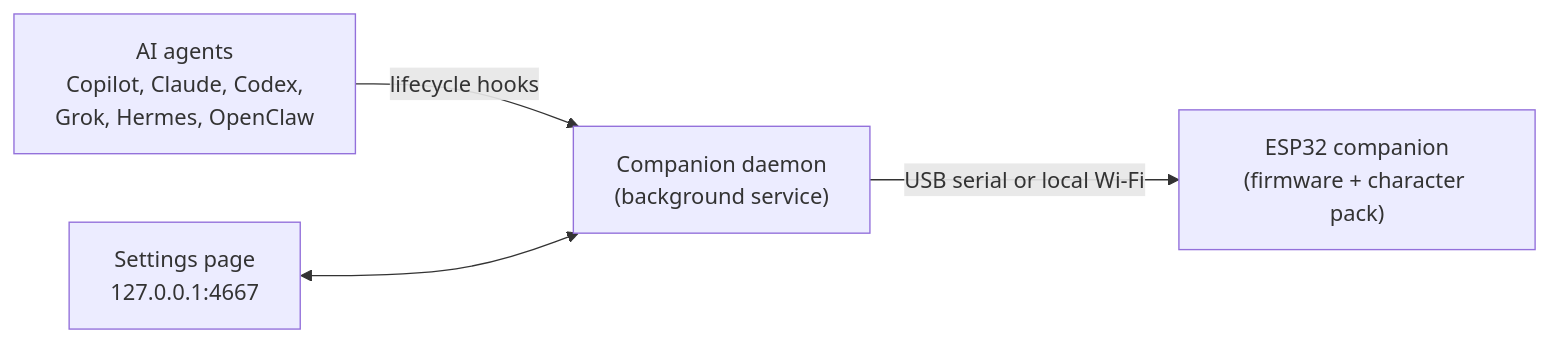
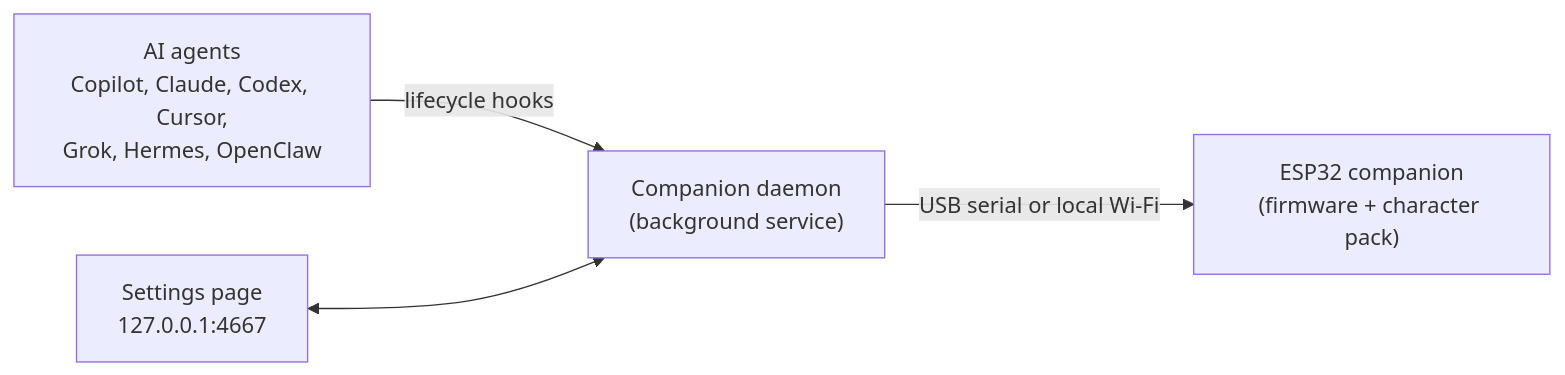
The diagram in README.md (DanWahlin/agent-buddy), drawn with Mermaid before and after one commit. The commit also changed other lines of this file and 18 other files, not shown here.

First line of the commit message:
Add Cursor Agent hooks so its sessions drive the companion.

````diff
--- a/README.md
+++ b/README.md
@@ -82,6 +82,6 @@
 ```mermaid
 flowchart LR
-    A["AI agents<br/>Copilot, Claude, Codex,<br/>Grok, Hermes, OpenClaw"] -- lifecycle hooks --> D["Companion daemon<br/>(background service)"]
+    A["AI agents<br/>Copilot, Claude, Codex, Cursor,<br/>Grok, Hermes, OpenClaw"] -- lifecycle hooks --> D["Companion daemon<br/>(background service)"]
     B["Settings page<br/>127.0.0.1:4667"] <--> D
     D -- USB serial or local Wi-Fi --> E["ESP32 companion<br/>(firmware + character pack)"]
 ```
````
